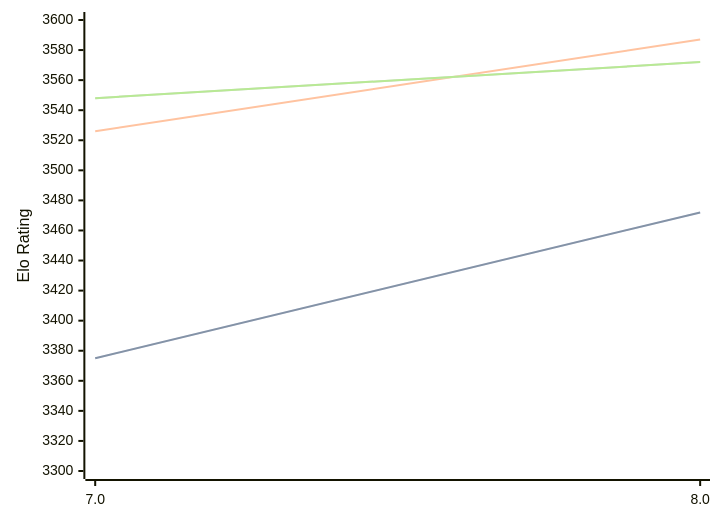
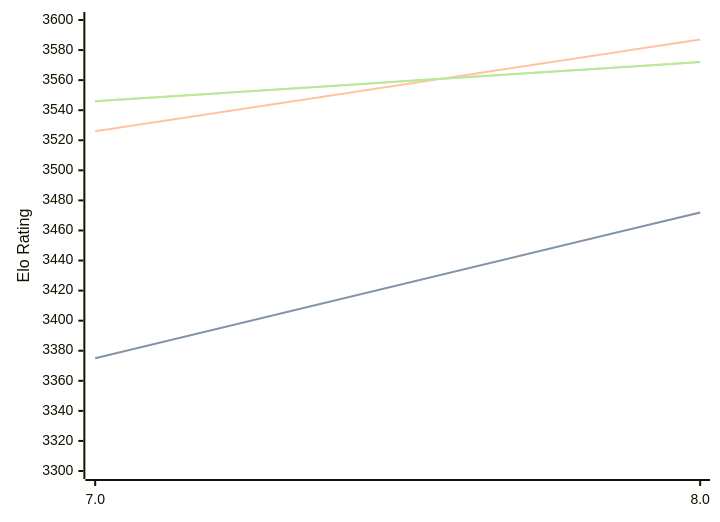
One commit to computer-chess-index/cci changed the diagram in engines/Integral.md. Above: the diagram before and after it, drawn with Mermaid. The commit also changed other lines of this file, not shown here.

Commit message:
Update CCI Ratings (ELO VLTC) - 2026-09-23

````diff
--- a/engines/Integral.md
+++ b/engines/Integral.md
@@ -32,11 +32,11 @@
 ```mermaid
 %%{init: {"theme":"base","themeVariables":{"seriesColors:['#a3a3a3','#222221','#faa371']}}}%%
 xychart-beta
   x-axis ["7.0", "8.0"]
   y-axis "Elo Rating" 3300 --> 3600
   line "" [3375, 3472]
   line "STC (8.0+0.08s)" [3375, 3472]
   line "LTC (60.0+0.60s)" [3526, 3587]
-  line "" [3548, 3572]
-  line "VLTC (2m24s+1.12s)" [3548, 3572]
+  line "" [3546, 3572]
+  line "VLTC (2m24s+1.12s)" [3546, 3572]
 ```
````
